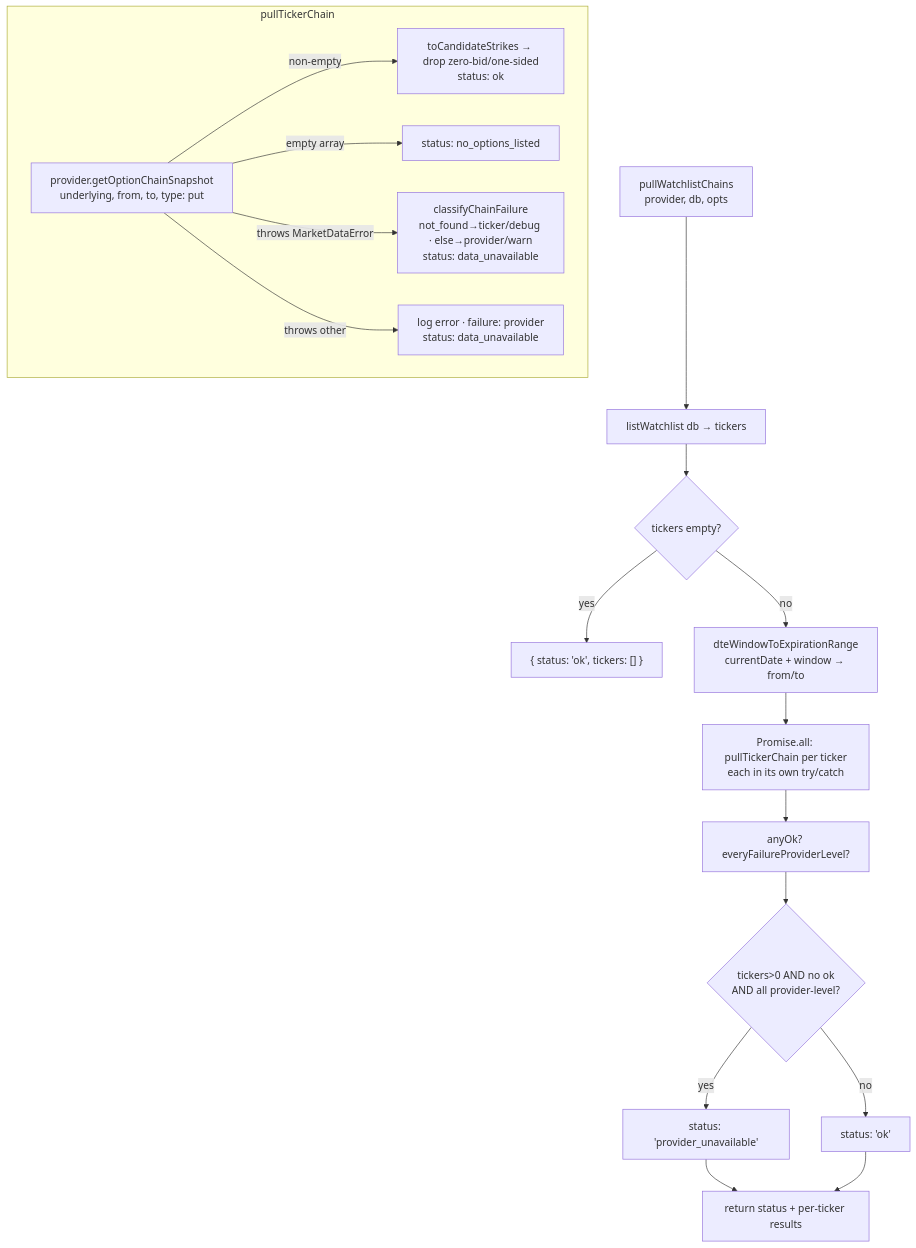
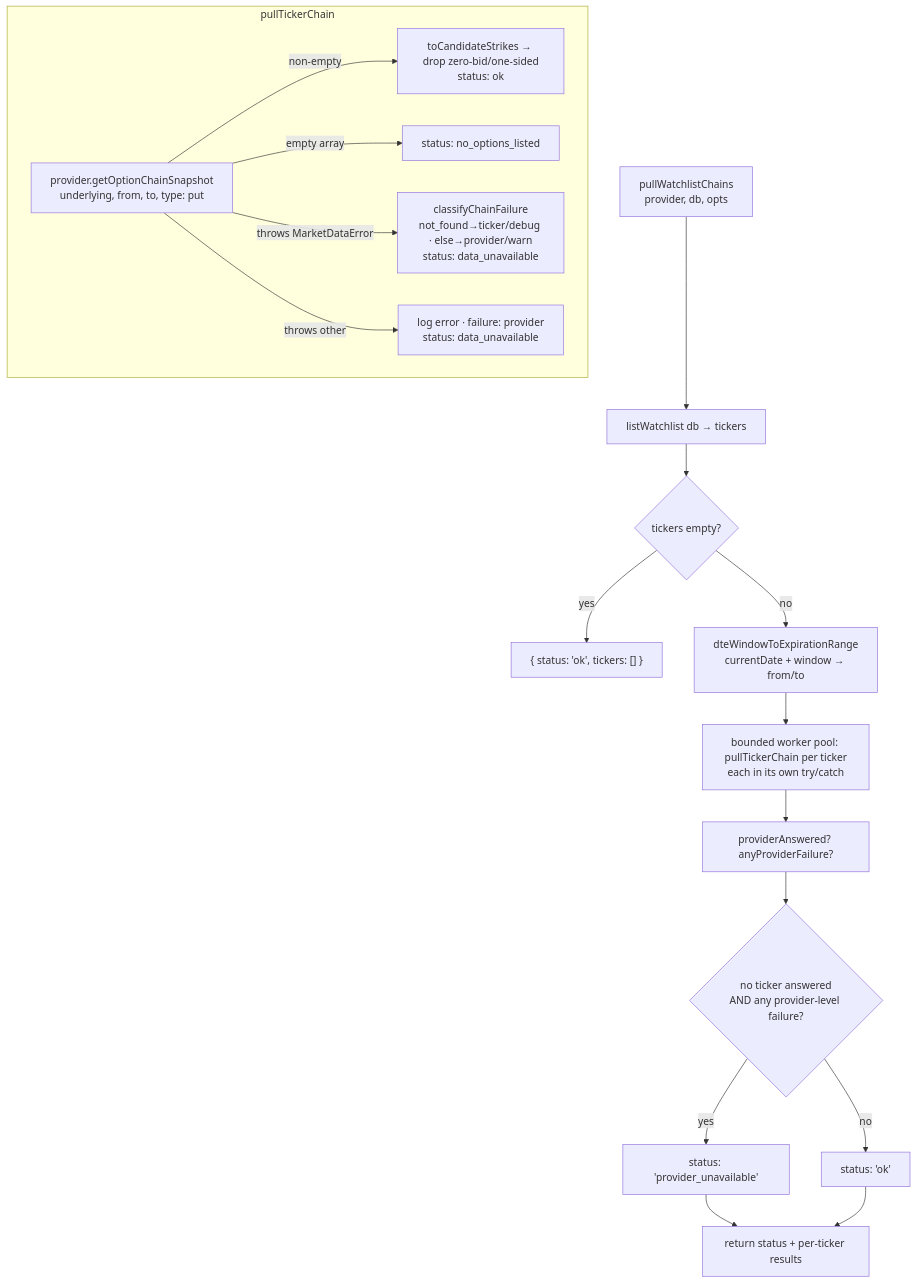
One commit to jcteague/wheelbase changed the diagram in docs/us-64-implementation.md. Above: the diagram before and after it, drawn with Mermaid. The commit also changed other lines of this file and 14 other files, not shown here.

````diff
--- a/docs/us-64-implementation.md
+++ b/docs/us-64-implementation.md
@@ -47,23 +49,23 @@
 ```mermaid
 flowchart TD
   A[pullWatchlistChains<br/>provider, db, opts] --> B[listWatchlist db → tickers]
   B --> C{tickers empty?}
   C -->|yes| Z["{ status: 'ok', tickers: [] }"]
   C -->|no| D[dteWindowToExpirationRange<br/>currentDate + window → from/to]
-  D --> E[Promise.all: pullTickerChain per ticker<br/>each in its own try/catch]
+  D --> E[bounded worker pool: pullTickerChain per ticker<br/>each in its own try/catch]
 
   subgraph perTicker [pullTickerChain]
     E1[provider.getOptionChainSnapshot<br/>underlying, from, to, type: put]
     E1 -->|non-empty| E2[toCandidateStrikes → drop zero-bid/one-sided<br/>status: ok]
     E1 -->|empty array| E3[status: no_options_listed]
     E1 -->|throws MarketDataError| E4[classifyChainFailure<br/>not_found→ticker/debug · else→provider/warn<br/>status: data_unavailable]
     E1 -->|throws other| E5[log error · failure: provider<br/>status: data_unavailable]
   end
 
-  E --> F[anyOk? everyFailureProviderLevel?]
-  F --> G{tickers>0 AND no ok<br/>AND all provider-level?}
+  E --> F[providerAnswered? anyProviderFailure?]
+  F --> G{no ticker answered<br/>AND any provider-level failure?}
   G -->|yes| H["status: 'provider_unavailable'"]
   G -->|no| I["status: 'ok'"]
   H --> J[return status + per-ticker results]
   I --> J
 ```
````
